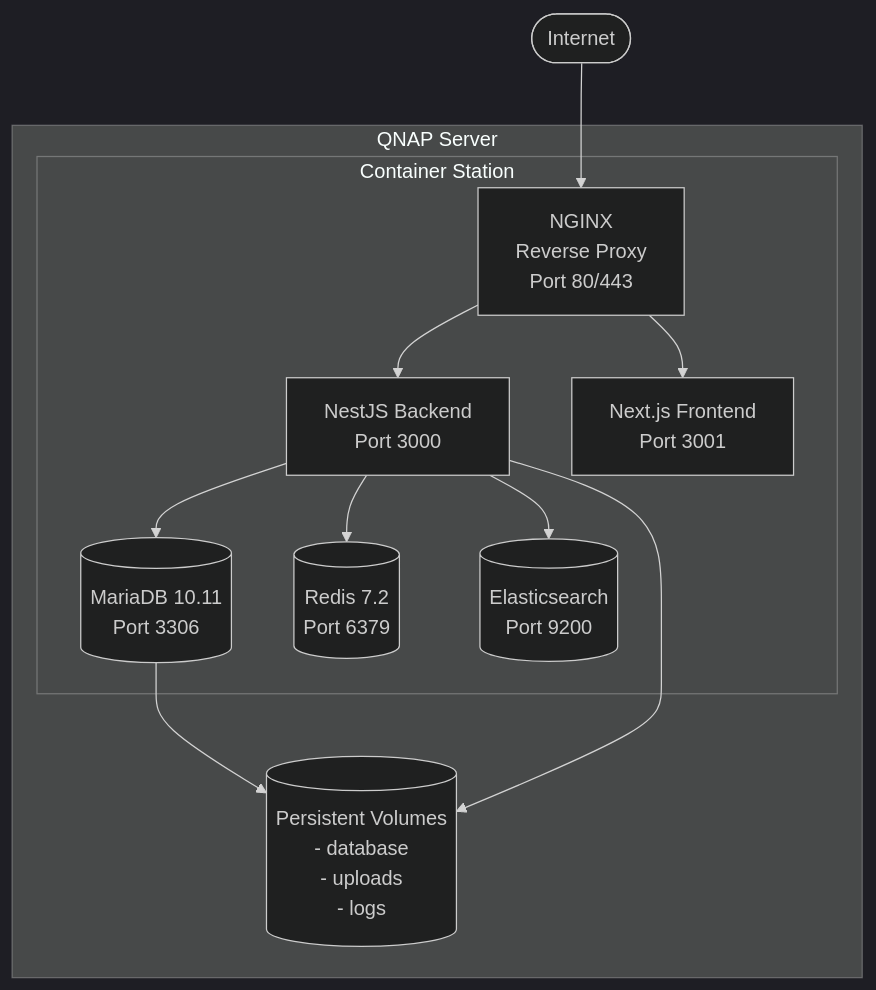
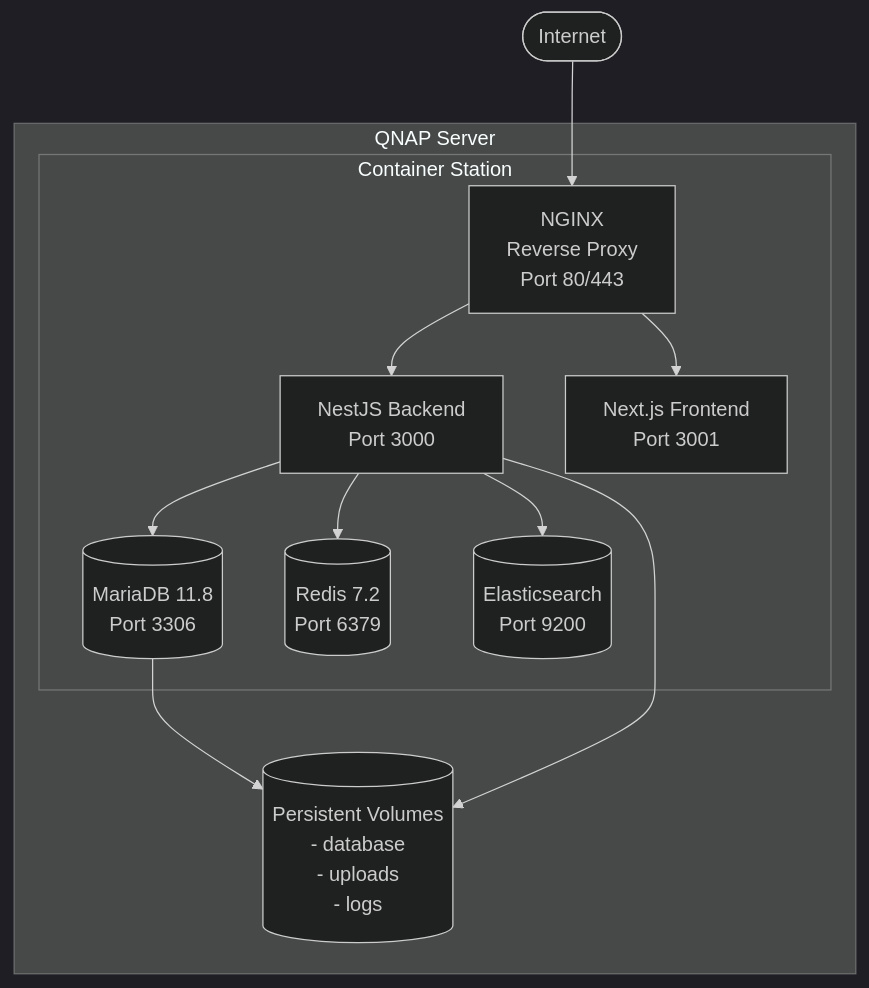
One commit to peancharoen/lcbp3 changed the diagram in specs/04-operations/README.md. Above: the diagram before and after it, drawn with Mermaid (dark theme). The commit also changed other lines of this file and 19 other files, not shown here.

Commit message:
251207:0048 Update Schema & Data dictionary/ Login PASS

````diff
--- a/specs/04-operations/README.md
+++ b/specs/04-operations/README.md
@@ -70,24 +70,24 @@
 ```mermaid
 graph TB
     subgraph "QNAP Server"
         subgraph "Container Station"
             NGINX[NGINX<br/>Reverse Proxy<br/>Port 80/443]
             Backend[NestJS Backend<br/>Port 3000]
             Frontend[Next.js Frontend<br/>Port 3001]
-            MariaDB[(MariaDB 10.11<br/>Port 3306)]
+            MariaDB[(MariaDB 11.8<br/>Port 3306)]
             Redis[(Redis 7.2<br/>Port 6379)]
             ES[(Elasticsearch<br/>Port 9200)]
         end
 
         Volumes[("Persistent Volumes<br/>- database<br/>- uploads<br/>- logs")]
     end
 
     Internet([Internet]) --> NGINX
     NGINX --> Frontend
     NGINX --> Backend
     Backend --> MariaDB
     Backend --> Redis
     Backend --> ES
     MariaDB --> Volumes
     Backend --> Volumes
 ```
````
